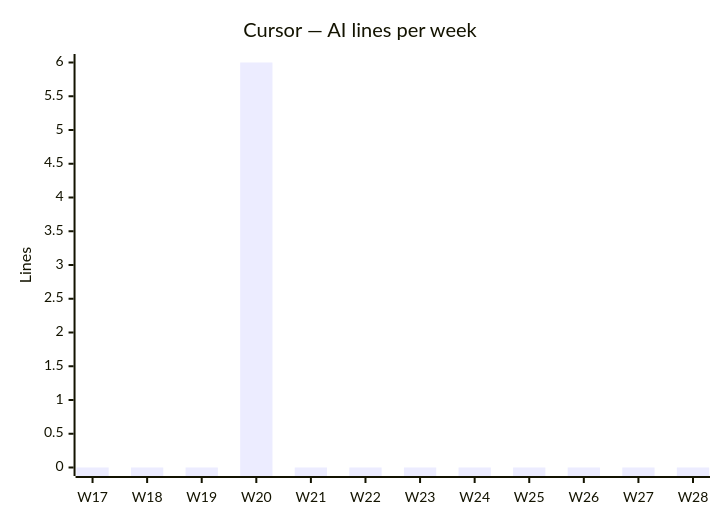
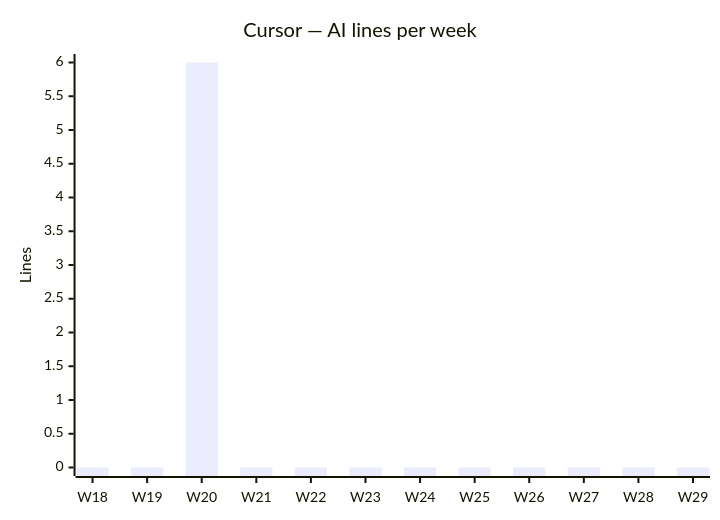
The fourth of 4 diagrams in docs/AI_USAGE.md (fromwaydowntown/ai-use), drawn with Mermaid before and after one commit. The commit also changed other lines of this file, not shown here.

````diff
--- a/docs/AI_USAGE.md
+++ b/docs/AI_USAGE.md
@@ -49,7 +49,7 @@
 ```mermaid
 xychart-beta
     title "Cursor — AI lines per week"
-    x-axis ["W17", "W18", "W19", "W20", "W21", "W22", "W23", "W24", "W25", "W26", "W27", "W28"]
+    x-axis ["W18", "W19", "W20", "W21", "W22", "W23", "W24", "W25", "W26", "W27", "W28", "W29"]
     y-axis "Lines"
-    bar [0, 0, 0, 6, 0, 0, 0, 0, 0, 0, 0, 0]
+    bar [0, 0, 6, 0, 0, 0, 0, 0, 0, 0, 0, 0]
 ```
````
